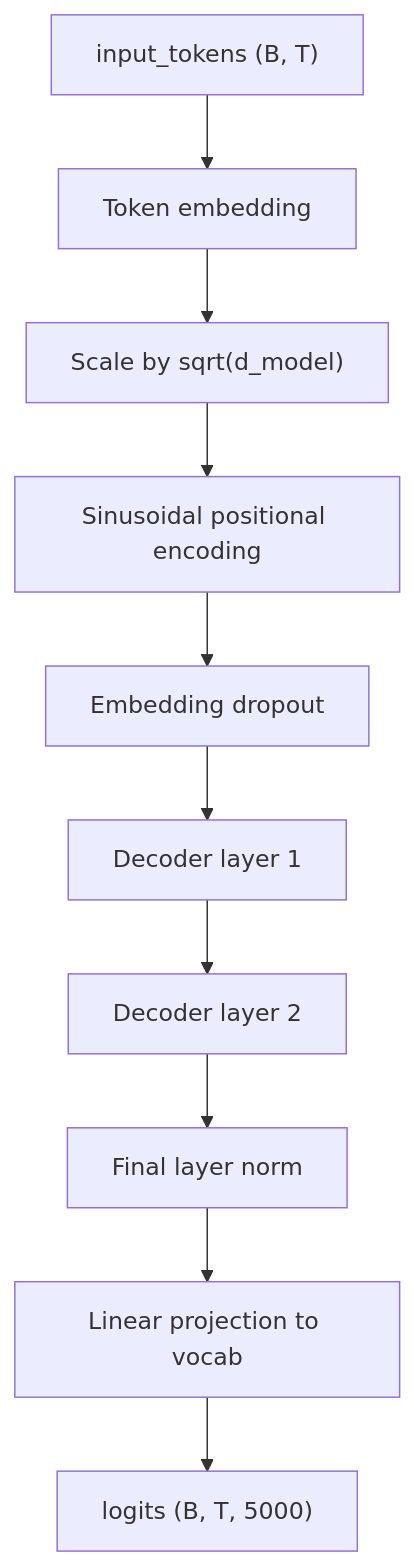
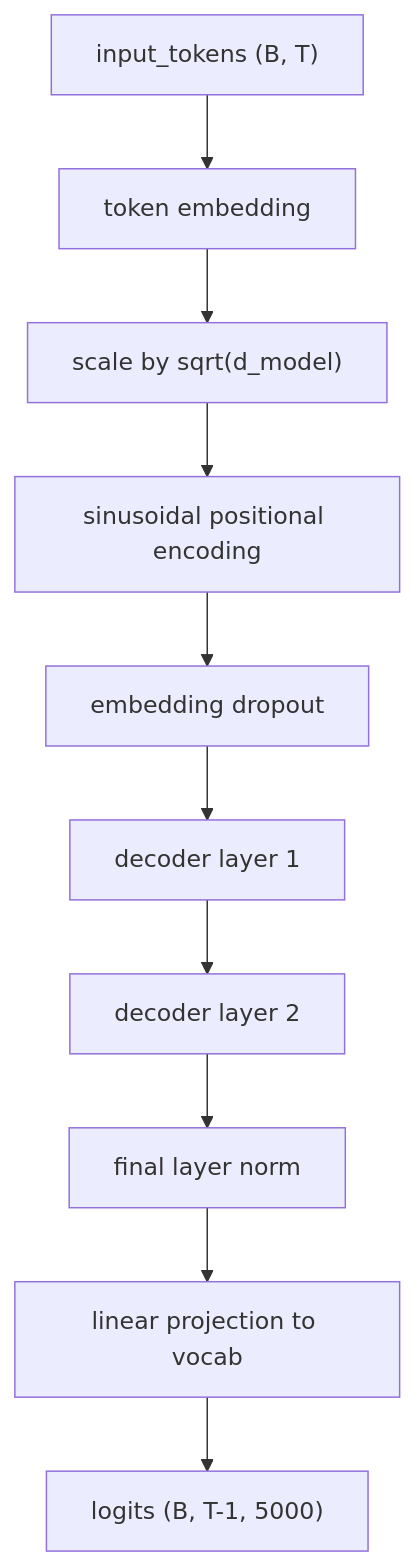
The second of 3 diagrams in docs/decoder_pretrain.md (daniellaah/MIDI2Score), drawn with Mermaid before and after one commit. The commit also changed other lines of this file and 1 other file, not shown here.

Commit message:
Update rd decoder pretraining best after resume

````diff
--- a/docs/decoder_pretrain.md
+++ b/docs/decoder_pretrain.md
@@ -113,12 +132,12 @@
 ```mermaid
 flowchart TD
-    A["input_tokens (B, T)"] --> B["Token embedding"]
-    B --> C["Scale by sqrt(d_model)"]
-    C --> D["Sinusoidal positional encoding"]
-    D --> E["Embedding dropout"]
-    E --> F["Decoder layer 1"]
-    F --> G["Decoder layer 2"]
-    G --> H["Final layer norm"]
-    H --> I["Linear projection to vocab"]
-    I --> J["logits (B, T, 5000)"]
+    A["input_tokens (B, T)"] --> B["token embedding"]
+    B --> C["scale by sqrt(d_model)"]
+    C --> D["sinusoidal positional encoding"]
+    D --> E["embedding dropout"]
+    E --> F["decoder layer 1"]
+    F --> G["decoder layer 2"]
+    G --> H["final layer norm"]
+    H --> I["linear projection to vocab"]
+    I --> J["logits (B, T-1, 5000)"]
 ```
````
